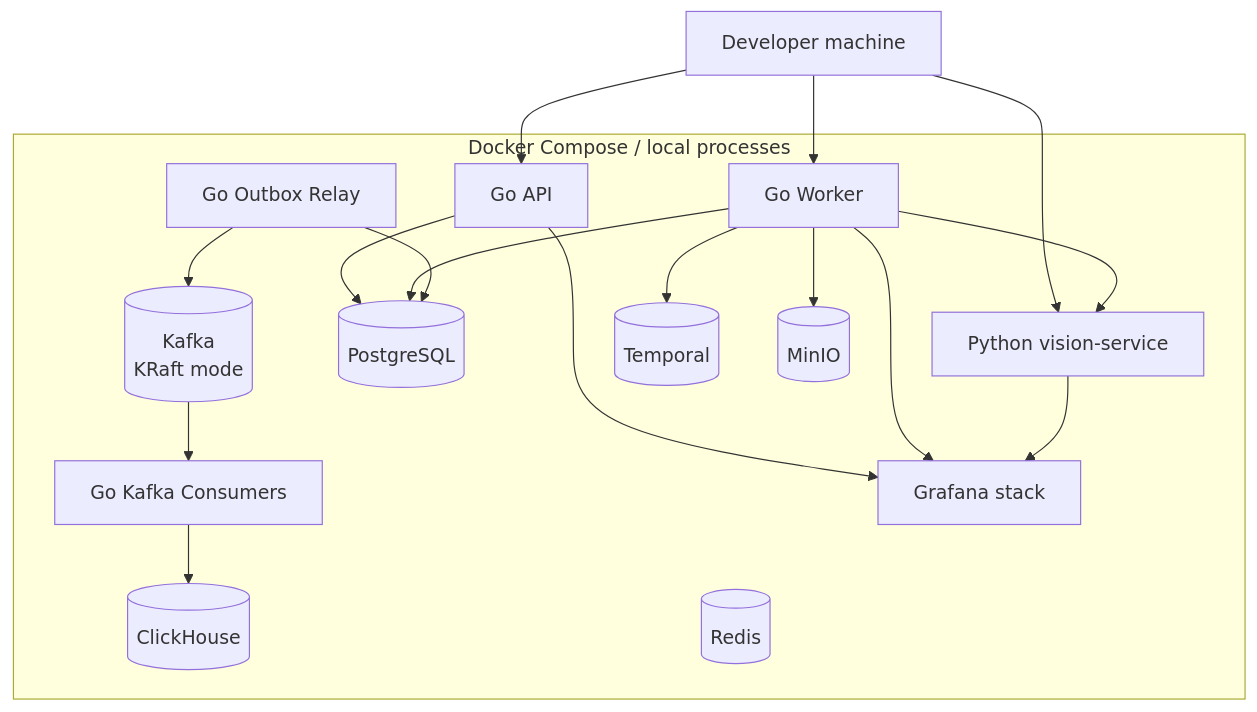
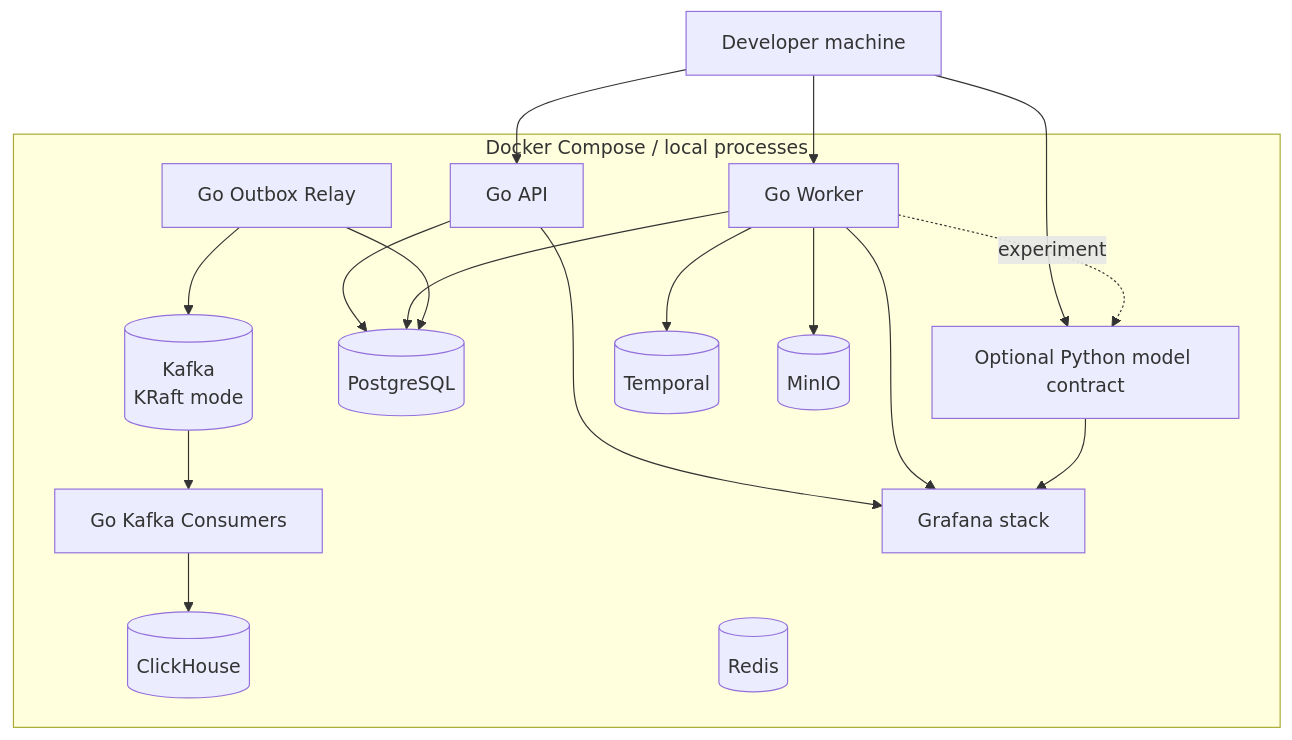
The fourth of 5 diagrams in docs/system-diagrams.md (Asklit/valorant-vod-coach), drawn with Mermaid before and after one commit. The commit also changed other lines of this file and 7 other files, not shown here.

Commit message:
docs: align architecture with delivered product

````diff
--- a/docs/system-diagrams.md
+++ b/docs/system-diagrams.md
@@ -223,35 +213,35 @@
 ```mermaid
 flowchart TB
   dev[Developer machine]
 
   subgraph local[Docker Compose / local processes]
     api[Go API]
     worker[Go Worker]
     relay[Go Outbox Relay]
     consumers[Go Kafka Consumers]
-    vision[Python vision-service]
+    vision[Optional Python model contract]
     pg[(PostgreSQL)]
     ch[(ClickHouse)]
     redis[(Redis)]
     kafka[(Kafka<br/>KRaft mode)]
     temporal[(Temporal)]
     minio[(MinIO)]
     grafana[Grafana stack]
   end
 
   dev --> api
   dev --> worker
   dev --> vision
   api --> pg
   worker --> temporal
   worker --> pg
   worker --> minio
-  worker --> vision
+  worker -. experiment .-> vision
   relay --> pg
   relay --> kafka
   kafka --> consumers
   consumers --> ch
   api --> grafana
   worker --> grafana
   vision --> grafana
 ```
````
